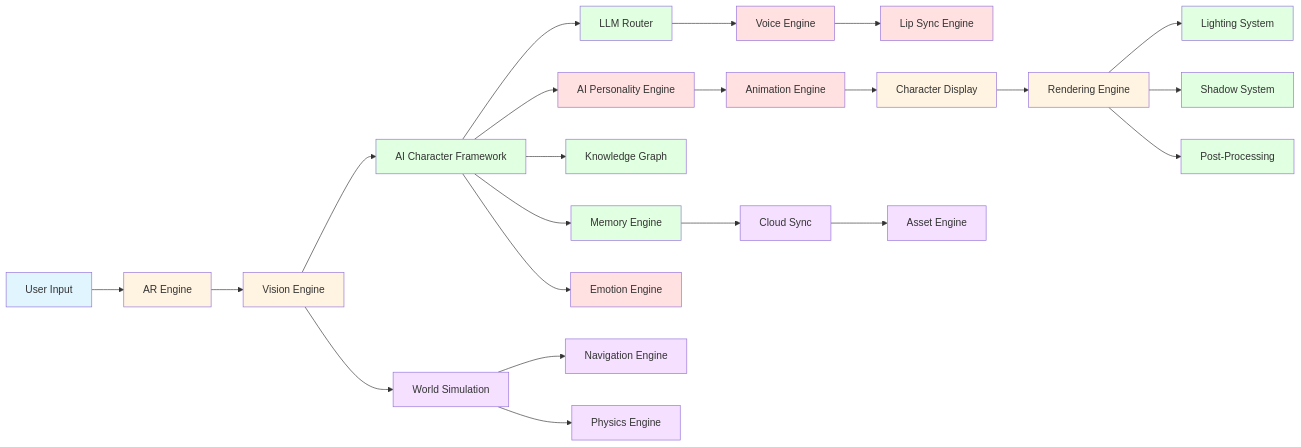
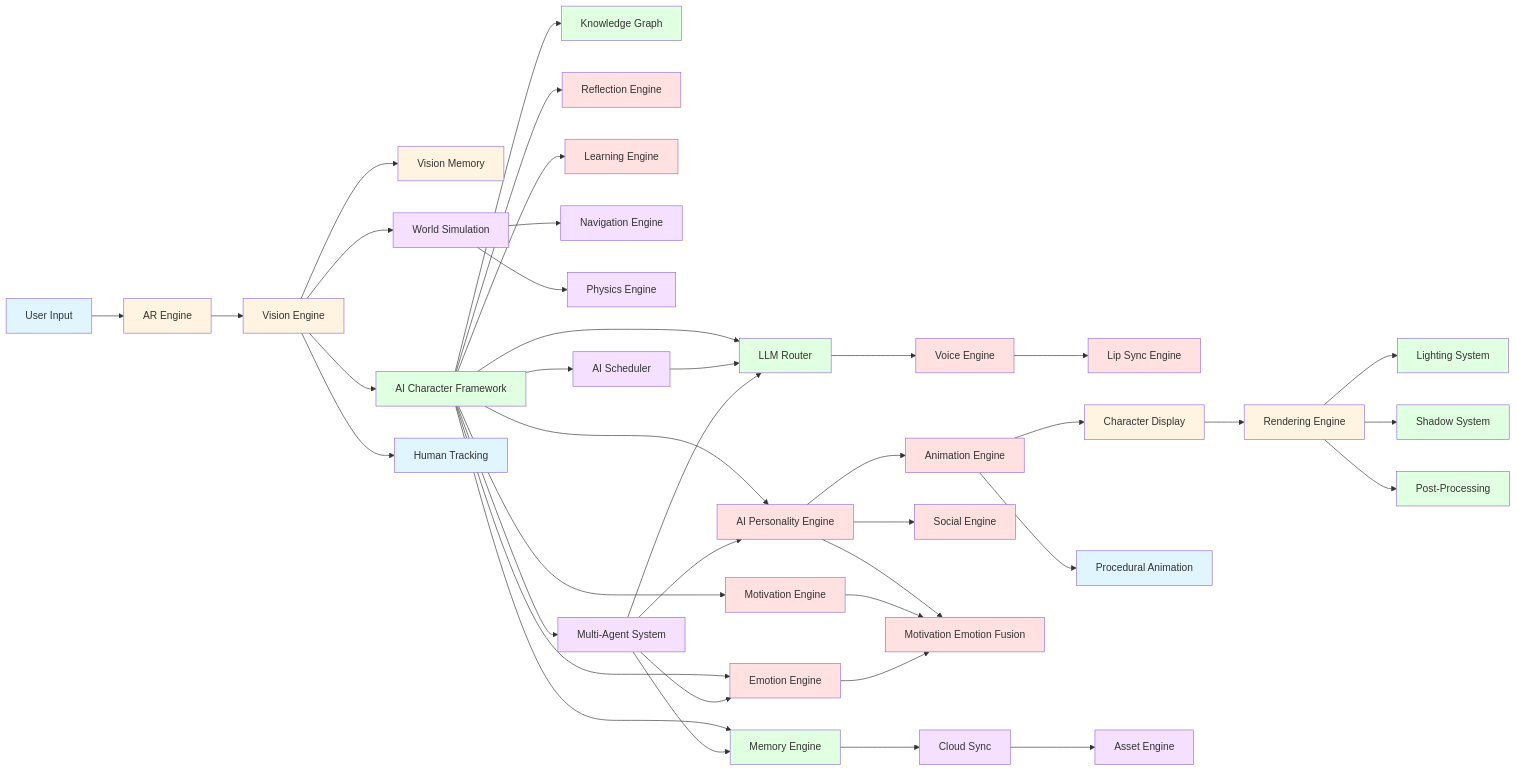
One commit to chuthanbabydoge-rgb/xaydungnhanvatao changed the second of 3 diagrams in UPDATED_ARCHITECTURE.md. Above: the diagram before and after it, drawn with Mermaid. The commit also changed other lines of this file and 22 other files, not shown here.

````diff
--- a/UPDATED_ARCHITECTURE.md
+++ b/UPDATED_ARCHITECTURE.md
@@ -196,52 +231,84 @@
 graph LR
     A[User Input] --> B[AR Engine]
     B --> C[Vision Engine]
-    C --> D[AI Character Framework]
-    C --> E[World Simulation]
+    C --> D[Vision Memory]
+    C --> E[AI Character Framework]
+    C --> F[World Simulation]
     
-    D --> F[LLM Router]
-    D --> G[Memory Engine]
-    D --> H[Knowledge Graph]
-    D --> I[AI Personality Engine]
-    D --> J[Emotion Engine]
+    E --> G[LLM Router]
+    E --> H[Memory Engine]
+    E --> I[Knowledge Graph]
+    E --> J[AI Personality Engine]
+    E --> K[Emotion Engine]
+    E --> L[Motivation Engine]
+    E --> M[Reflection Engine]
+    E --> N[Learning Engine]
     
-    F --> K[Voice Engine]
-    K --> L[Lip Sync Engine]
+    G --> O[Voice Engine]
+    O --> P[Lip Sync Engine]
     
-    I --> M[Animation Engine]
-    M --> N[Character Display]
+    J --> Q[Animation Engine]
+    Q --> R[Character Display]
     
-    E --> O[Navigation Engine]
-    E --> P[Physics Engine]
+    J --> S[Social Engine]
+    J --> T[Motivation Emotion Fusion]
     
-    N --> Q[Rendering Engine]
-    Q --> R[Lighting System]
-    Q --> S[Shadow System]
-    Q --> T[Post-Processing]
+    L --> T
+    K --> T
     
-    G --> U[Cloud Sync]
-    U --> V[Asset Engine]
+    F --> U[Navigation Engine]
+    F --> V[Physics Engine]
+    
+    R --> W[Rendering Engine]
+    W --> X[Lighting System]
+    W --> Y[Shadow System]
+    W --> Z[Post-Processing]
+    
+    Q --> AA[Procedural Animation]
+    C --> AB[Human Tracking]
+    
+    H --> AC[Cloud Sync]
+    AC --> AD[Asset Engine]
+    
+    E --> AE[AI Scheduler]
+    E --> AF[Multi-Agent System]
+    
+    AE --> G
+    AF --> G
+    AF --> H
+    AF --> J
+    AF --> K
     
     style A fill:#e1f5ff
     style B fill:#fff4e1
     style C fill:#fff4e1
-    style D fill:#e1ffe1
-    style E fill:#f5e1ff
-    style F fill:#e1ffe1
+    style D fill:#fff4e1
+    style E fill:#e1ffe1
+    style F fill:#f5e1ff
     style G fill:#e1ffe1
     style H fill:#e1ffe1
-    style I fill:#ffe1e1
+    style I fill:#e1ffe1
     style J fill:#ffe1e1
     style K fill:#ffe1e1
     style L fill:#ffe1e1
     style M fill:#ffe1e1
-    style N fill:#fff4e1
-    style O fill:#f5e1ff
-    style P fill:#f5e1ff
-    style Q fill:#fff4e1
-    style R fill:#e1ffe1
-    style S fill:#e1ffe1
-    style T fill:#e1ffe1
+    style N fill:#ffe1e1
+    style O fill:#ffe1e1
+    style P fill:#ffe1e1
+    style Q fill:#ffe1e1
+    style R fill:#fff4e1
+    style S fill:#ffe1e1
+    style T fill:#ffe1e1
     style U fill:#f5e1ff
     style V fill:#f5e1ff
+    style W fill:#fff4e1
+    style X fill:#e1ffe1
+    style Y fill:#e1ffe1
+    style Z fill:#e1ffe1
+    style AA fill:#e1f5ff
+    style AB fill:#e1f5ff
+    style AC fill:#f5e1ff
+    style AD fill:#f5e1ff
+    style AE fill:#f5e1ff
+    style AF fill:#f5e1ff
 ```
````
